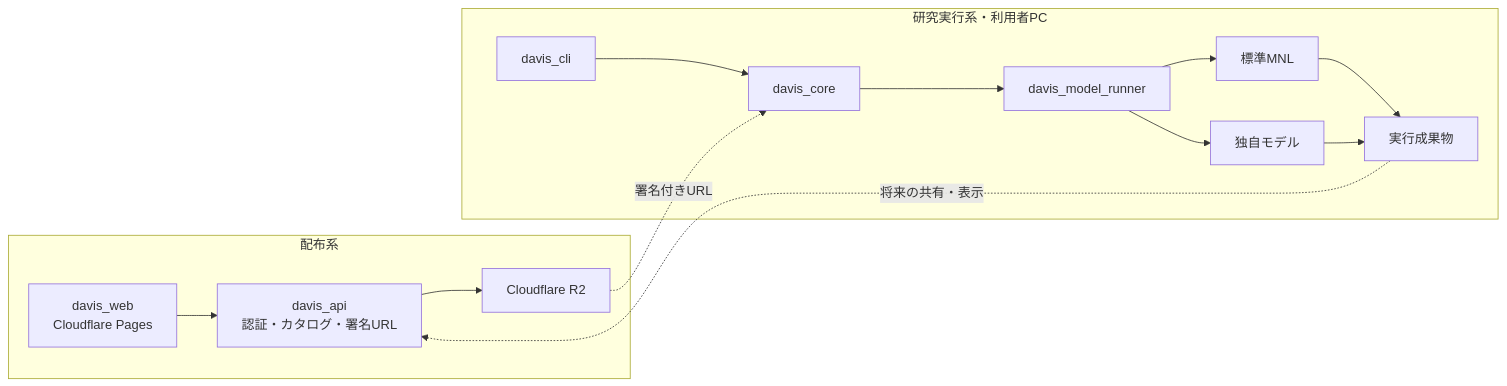
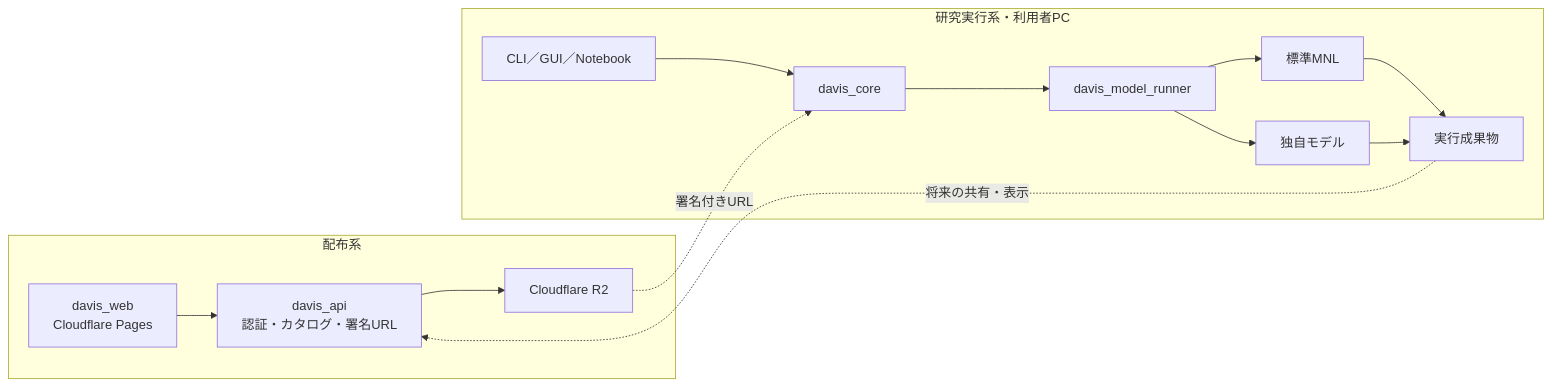
One commit to bin-utokyo/davis changed the second of 2 diagrams in docs/davis-platform-concept.md. Above: the diagram before and after it, drawn with Mermaid. The commit also changed other lines of this file, not shown here.

````diff
--- a/docs/davis-platform-concept.md
+++ b/docs/davis-platform-concept.md
@@ -231,24 +249,24 @@
 ```mermaid
 flowchart LR
     subgraph Cloud["配布系"]
         Web["davis_web<br/>Cloudflare Pages"]
         API["davis_api<br/>認証・カタログ・署名URL"]
         R2["Cloudflare R2"]
         Web --> API --> R2
     end
 
     subgraph Local["研究実行系・利用者PC"]
-        CLI["davis_cli"]
+        Clients["CLI／GUI／Notebook"]
         Core["davis_core"]
         Runner["davis_model_runner"]
         ModelA["標準MNL"]
         ModelB["独自モデル"]
         Artifacts["実行成果物"]
-        CLI --> Core --> Runner
+        Clients --> Core --> Runner
         Runner --> ModelA --> Artifacts
         Runner --> ModelB --> Artifacts
     end
 
     R2 -. "署名付きURL" .-> Core
     Artifacts -. "将来の共有・表示" .-> API
 ```
````
